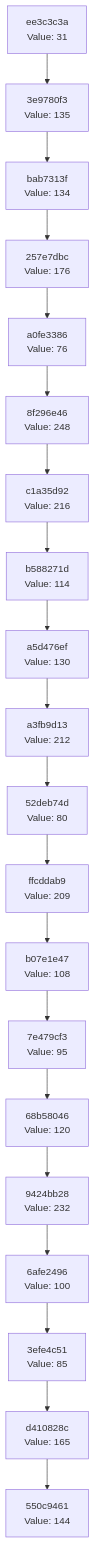
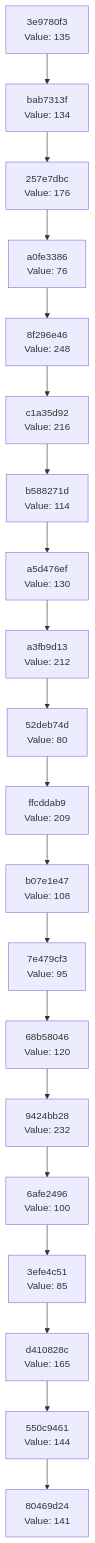
One commit to Abhisheksinha1506/hash-chain-evolver changed the diagram in docs/CHAIN_VISUALIZATION.md. Above: the diagram before and after it, drawn with Mermaid. The commit also changed 2 other files, not shown here.

Commit message:
Evolution step: hash 0x8D → action executed

````diff
--- a/docs/CHAIN_VISUALIZATION.md
+++ b/docs/CHAIN_VISUALIZATION.md
@@ -3,42 +3,42 @@
 ```mermaid
 graph TD
-    C0["550c9461<br/>Value: 144"]
-    C1["d410828c<br/>Value: 165"]
+    C0["80469d24<br/>Value: 141"]
+    C1["550c9461<br/>Value: 144"]
     C1 --> C0
-    C2["3efe4c51<br/>Value: 85"]
+    C2["d410828c<br/>Value: 165"]
     C2 --> C1
-    C3["6afe2496<br/>Value: 100"]
+    C3["3efe4c51<br/>Value: 85"]
     C3 --> C2
-    C4["9424bb28<br/>Value: 232"]
+    C4["6afe2496<br/>Value: 100"]
     C4 --> C3
-    C5["68b58046<br/>Value: 120"]
+    C5["9424bb28<br/>Value: 232"]
     C5 --> C4
-    C6["7e479cf3<br/>Value: 95"]
+    C6["68b58046<br/>Value: 120"]
     C6 --> C5
-    C7["b07e1e47<br/>Value: 108"]
+    C7["7e479cf3<br/>Value: 95"]
     C7 --> C6
-    C8["ffcddab9<br/>Value: 209"]
+    C8["b07e1e47<br/>Value: 108"]
     C8 --> C7
-    C9["52deb74d<br/>Value: 80"]
+    C9["ffcddab9<br/>Value: 209"]
     C9 --> C8
-    C10["a3fb9d13<br/>Value: 212"]
+    C10["52deb74d<br/>Value: 80"]
     C10 --> C9
-    C11["a5d476ef<br/>Value: 130"]
+    C11["a3fb9d13<br/>Value: 212"]
     C11 --> C10
-    C12["b588271d<br/>Value: 114"]
+    C12["a5d476ef<br/>Value: 130"]
     C12 --> C11
-    C13["c1a35d92<br/>Value: 216"]
+    C13["b588271d<br/>Value: 114"]
     C13 --> C12
-    C14["8f296e46<br/>Value: 248"]
+    C14["c1a35d92<br/>Value: 216"]
     C14 --> C13
-    C15["a0fe3386<br/>Value: 76"]
+    C15["8f296e46<br/>Value: 248"]
     C15 --> C14
-    C16["257e7dbc<br/>Value: 176"]
+    C16["a0fe3386<br/>Value: 76"]
     C16 --> C15
-    C17["bab7313f<br/>Value: 134"]
+    C17["257e7dbc<br/>Value: 176"]
     C17 --> C16
-    C18["3e9780f3<br/>Value: 135"]
+    C18["bab7313f<br/>Value: 134"]
     C18 --> C17
-    C19["ee3c3c3a<br/>Value: 31"]
+    C19["3e9780f3<br/>Value: 135"]
     C19 --> C18
 ```
````
